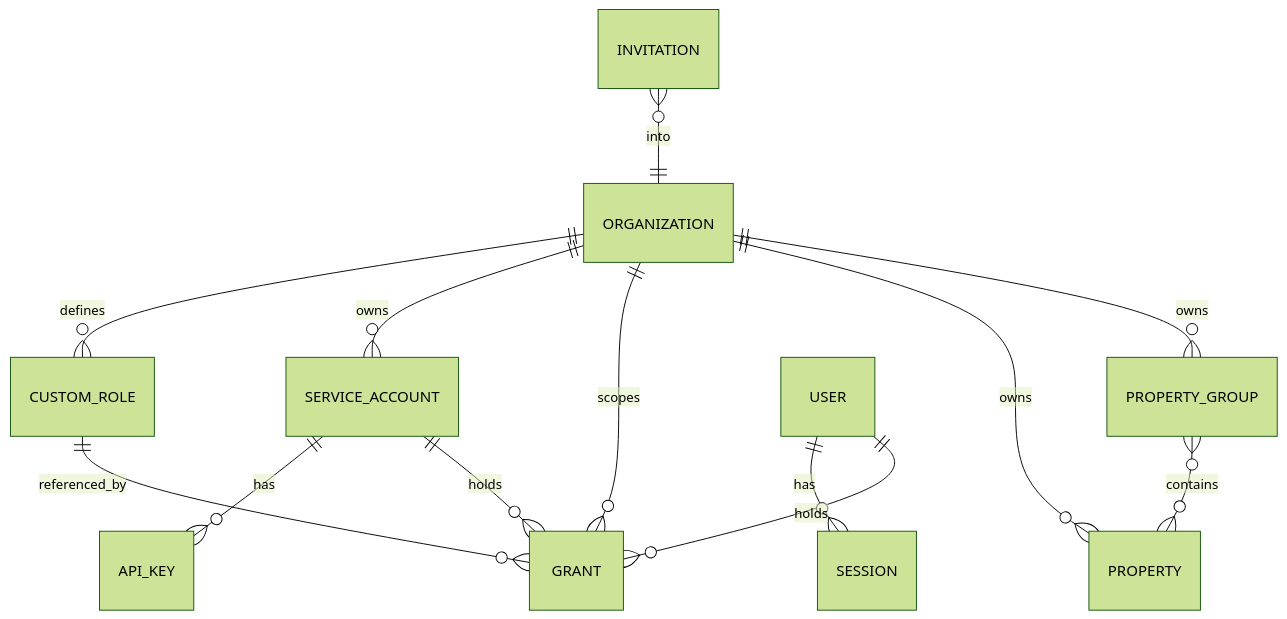
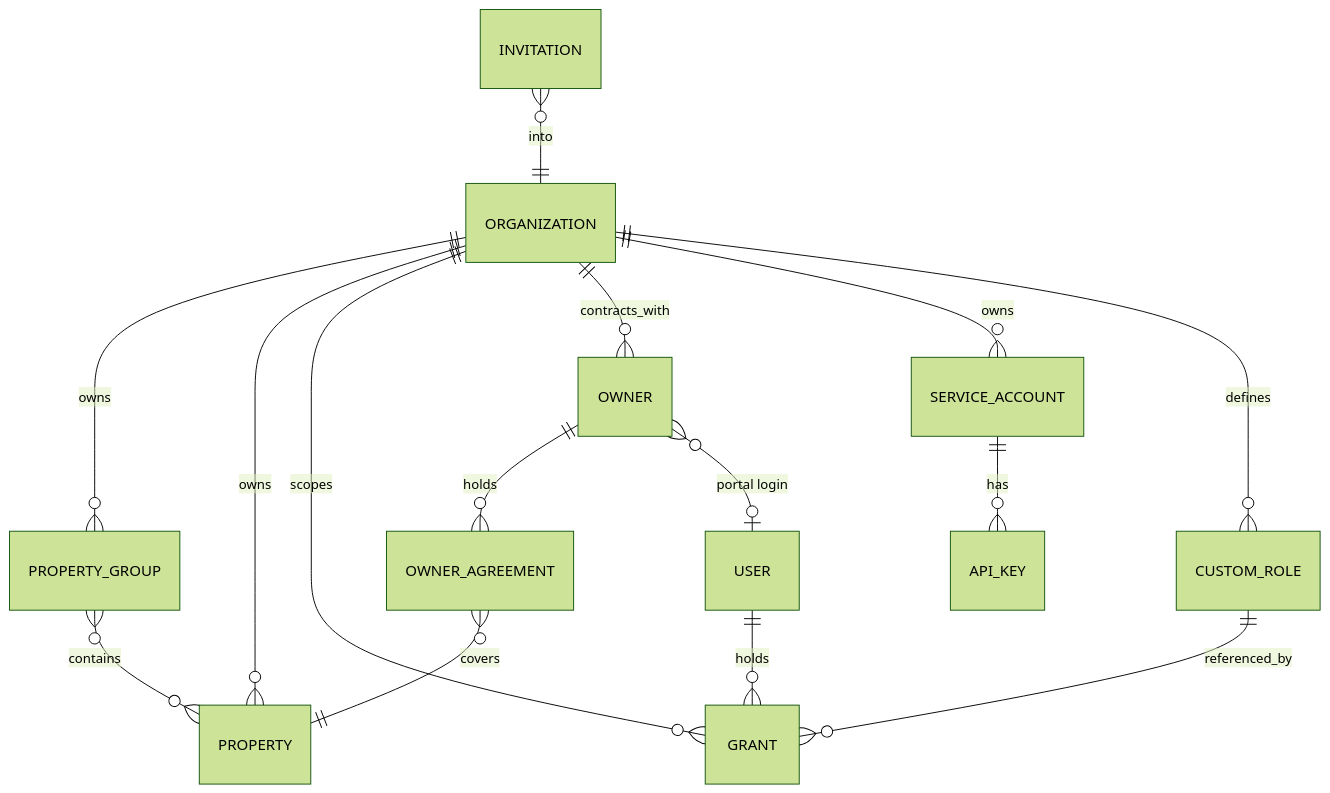
One commit to henihaddad/channex-pms changed the first of 6 diagrams in docs/specs/03-domain-model.md. Above: the diagram before and after it, drawn with Mermaid (forest theme). The commit also changed other lines of this file and 19 other files, not shown here.

````diff
--- a/docs/specs/03-domain-model.md
+++ b/docs/specs/03-domain-model.md
@@ -30,15 +32,17 @@
 ```mermaid
 erDiagram
   ORGANIZATION ||--o{ PROPERTY_GROUP : owns
   ORGANIZATION ||--o{ PROPERTY : owns
   ORGANIZATION ||--o{ GRANT : scopes
+  ORGANIZATION ||--o{ OWNER : contracts_with
   ORGANIZATION ||--o{ SERVICE_ACCOUNT : owns
   ORGANIZATION ||--o{ CUSTOM_ROLE : defines
   PROPERTY_GROUP }o--o{ PROPERTY : contains
+  OWNER ||--o{ OWNER_AGREEMENT : holds
+  OWNER_AGREEMENT }o--|| PROPERTY : covers
   USER ||--o{ GRANT : holds
-  SERVICE_ACCOUNT ||--o{ GRANT : holds
+  OWNER }o--o| USER : "portal login"
+  SERVICE_ACCOUNT ||--o{ API_KEY : has
   CUSTOM_ROLE ||--o{ GRANT : referenced_by
-  USER ||--o{ SESSION : has
-  SERVICE_ACCOUNT ||--o{ API_KEY : has
   INVITATION }o--|| ORGANIZATION : into
 ```
````
